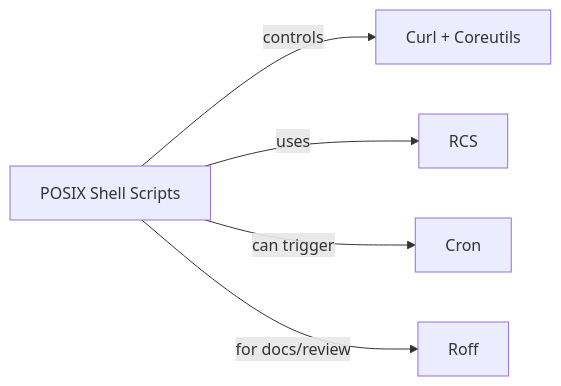
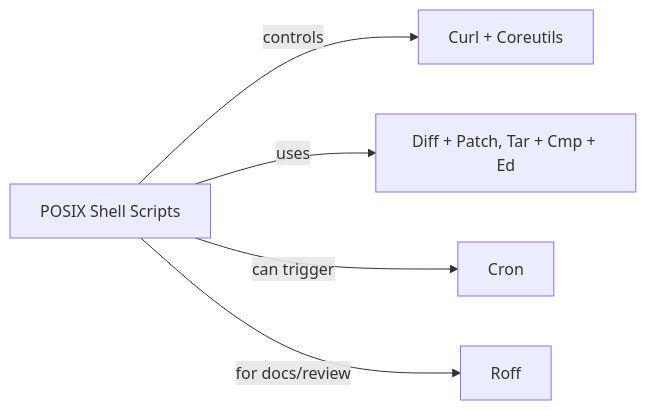
Before and after one commit to 2MuchC0ff33/elvis: the third of 10 diagrams in README.md, drawn with Mermaid. The commit also changed other lines of this file and 1 other file, not shown here.

````diff
--- a/README.md
+++ b/README.md
@@ -189,7 +189,7 @@
 ```mermaid
 graph LR
     Shell[POSIX Shell Scripts] -- controls --> CurlCoreutils["Curl + Coreutils"]
-    Shell -- uses --> RCS
+    Shell -- uses --> DiffPatchTarCmpEd["Diff + Patch, Tar + Cmp + Ed"]
     Shell -- can trigger --> Cron
     Shell -- for docs/review --> Roff
 ```
````
